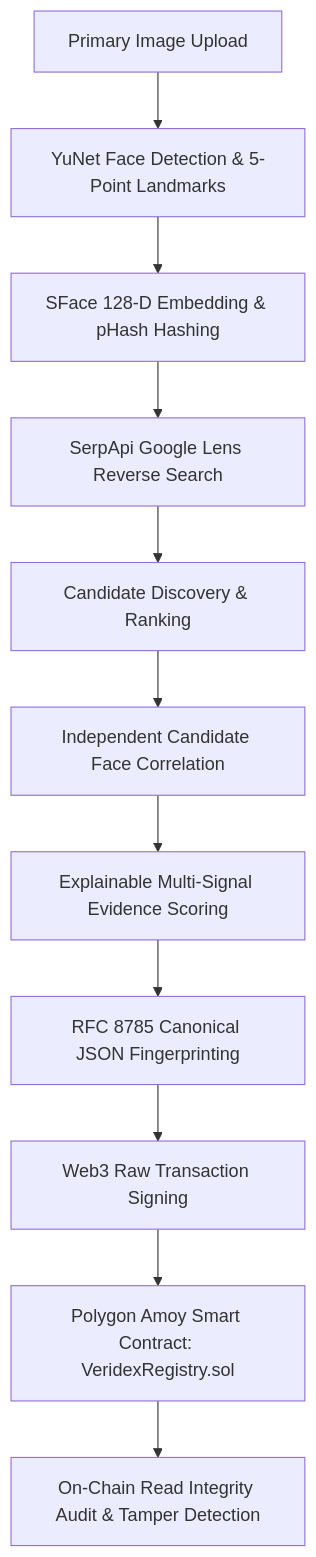
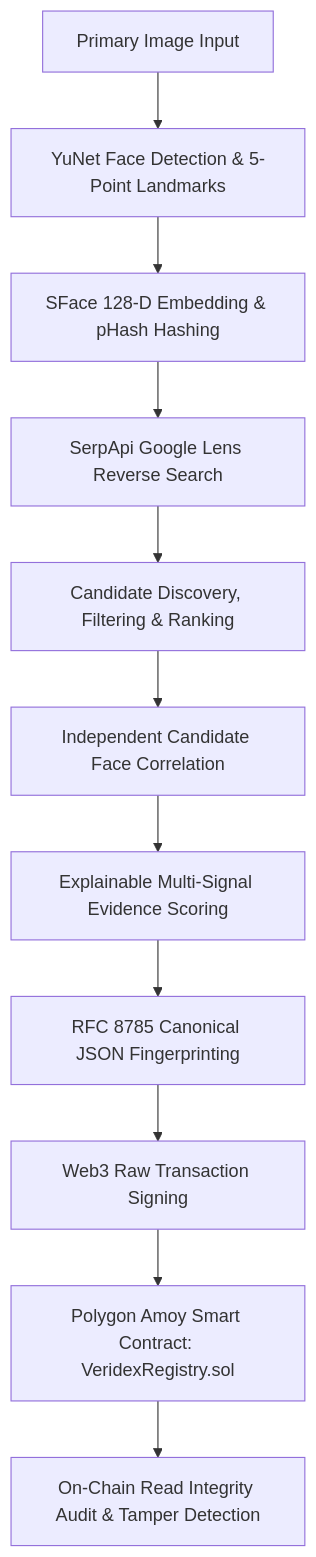
The diagram in README.md (DropOutsCore/VeriDex_hhgt3), drawn with Mermaid before and after one commit. The commit also changed other lines of this file and 4 other files, not shown here.

````diff
--- a/README.md
+++ b/README.md
@@ -41,13 +41,13 @@
 ```mermaid
 flowchart TD
-    A[Primary Image Upload] --> B[YuNet Face Detection & 5-Point Landmarks]
+    A[Primary Image Input] --> B[YuNet Face Detection & 5-Point Landmarks]
     B --> C[SFace 128-D Embedding & pHash Hashing]
     C --> D[SerpApi Google Lens Reverse Search]
-    D --> E[Candidate Discovery & Ranking]
+    D --> E[Candidate Discovery, Filtering & Ranking]
     E --> F[Independent Candidate Face Correlation]
     F --> G[Explainable Multi-Signal Evidence Scoring]
     G --> H[RFC 8785 Canonical JSON Fingerprinting]
     H --> I[Web3 Raw Transaction Signing]
     I --> J[Polygon Amoy Smart Contract: VeridexRegistry.sol]
     J --> K[On-Chain Read Integrity Audit & Tamper Detection]
 ```
````
